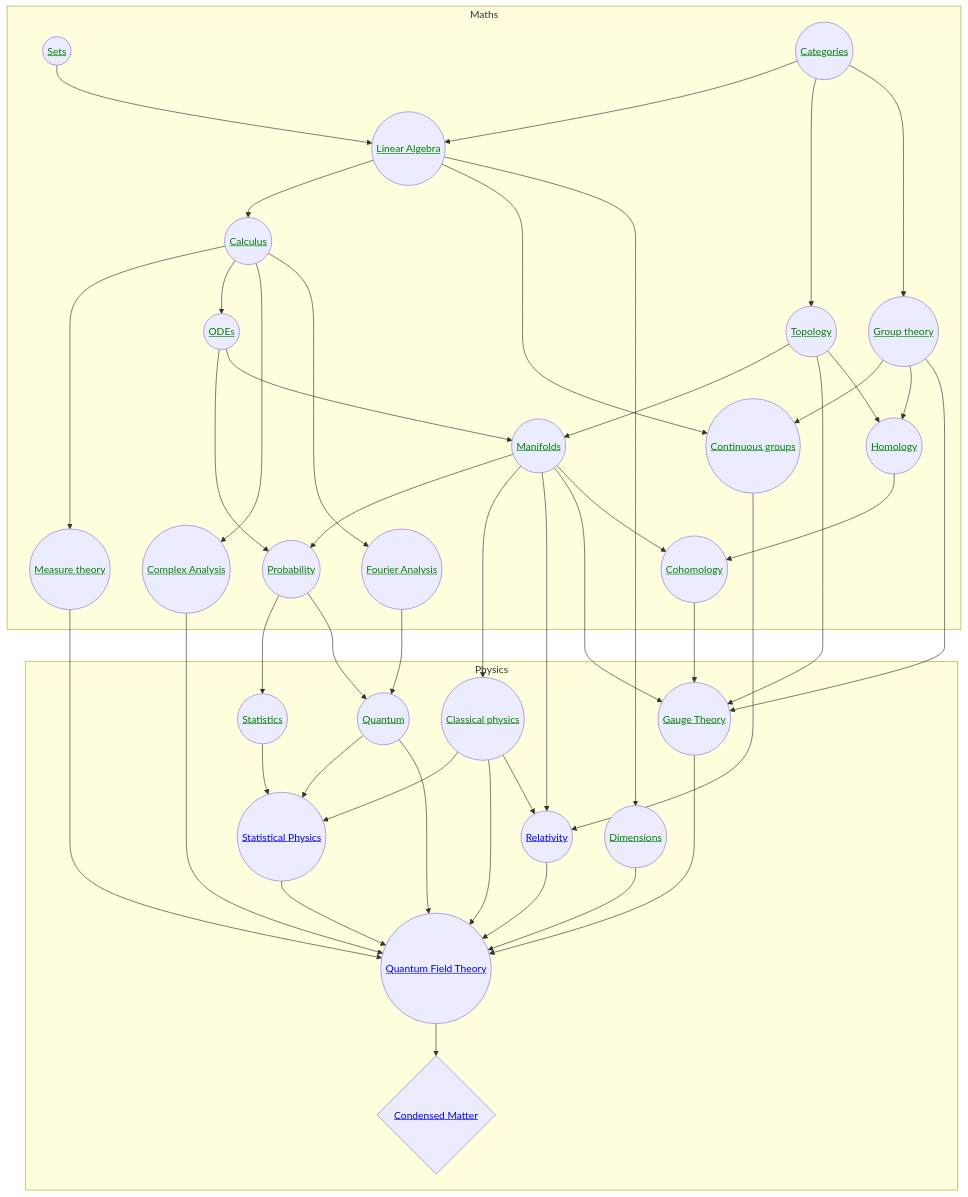
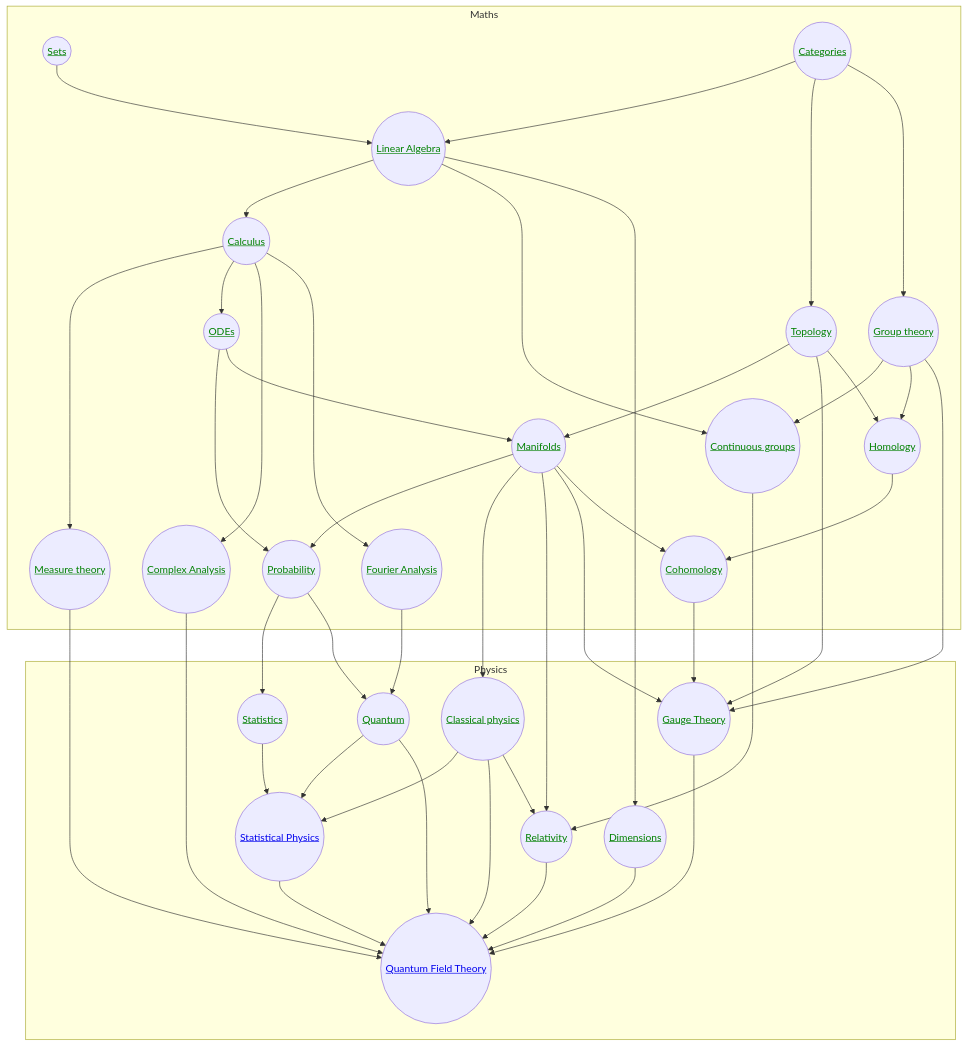
The diagram in docs/index.md (reubenharry/physics), drawn with Mermaid before and after one commit. The commit also changed other lines of this file and 13 other files, not shown here.

````diff
--- a/docs/index.md
+++ b/docs/index.md
@@ -3,68 +3,68 @@
 ```mermaid
 graph TB
     subgraph Maths
     N((<a href='/maths/sets' style=color:green >  Sets </a>)) --> LA
     
     LA((<a href='/maths/linearalgebra' style=color:green >Linear Algebra </a>))
     FA((<a href='/maths/fourier' style=color:green >Fourier Analysis </a>))
     LA --> C((<a href='/maths/calculus' style=color:green > Calculus </a>))
     DE((<a href='/maths/diffeq' style=color:green > ODEs </a>))
     LA --> RT((<a href='/maths/representations' style=color:green >Continuous groups</a>))
     DG((<a href='/maths/differential_geometry' style=color:green >Manifolds</a>))
     MT((<a href='/maths/measuretheory' style=color:green >Measure theory </a>))
     GT((<a href='/maths/groups' style=color:green >Group theory </a>)) --> RT
     CT((<a href='/maths/categories' style=color:green >Categories</a>)) --> LA
     CA((<a href='/maths/complexanalysis' style=color:green >Complex Analysis</a>))
     DG --> P((<a href='/maths/probability' style=color:green >Probability</a>))
     TP((<a href='/maths/topology' style=color:green >Topology</a>))
     HM((<a href='/maths/homology' style=color:green >Homology</a>))
     CHM((<a href='/maths/cohomology' style=color:green >Cohomology</a>))
     TP --> DG
     HM --> CHM
     C --> MT
     C --> DE
     DE --> P
     DE --> DG
     
 
     end
 
     subgraph Physics
     GAT((<a href='/physics/gaugetheory' style=color:green >Gauge Theory</a>)) --> QFT
     Q((<a href='/physics/quantum' style=color:green >Quantum</a>))
     MT --> QFT
     DG --> D
     LA --> DIM((<a href='/physics/dimensions' style=color:green >Dimensions </a>))
     DIM --> QFT
-    DG --> GR((<a href='/physics/relativity'>Relativity </a>))
+    DG --> GR((<a href='/physics/relativity' style=color:green >Relativity </a>))
     GR --> QFT((<a href='/physics/qft'>Quantum Field Theory</a>))
     D((<a href='/physics/classical' style=color:green >Classical physics</a>))
     TM((<a href='/physics/statisticalphysics'>Statistical Physics</a>)) --> QFT
     Stats((<a href='/physics/statistics' style=color:green >Statistics</a>))
-    QFT --> CMT{<a href='/physics/condensedmatter'>Condensed Matter</a>}
+    
     end
     D --> TM
     D --> QFT
     D --> GR
     GT --> HM
     GT --> GAT
     TP --> GAT
     TP --> HM
     DG --> GAT
     DG --> CHM
     CT --> TP
     RT --> GR
     Q --> TM
     Q --> QFT
     FA --> Q
     CT --> GT
     C --> CA
     CA --> QFT
     C --> FA
     
     Stats --> TM
     CHM --> GAT
     MT
     P --> Stats
     P --> Q
 ```
````
